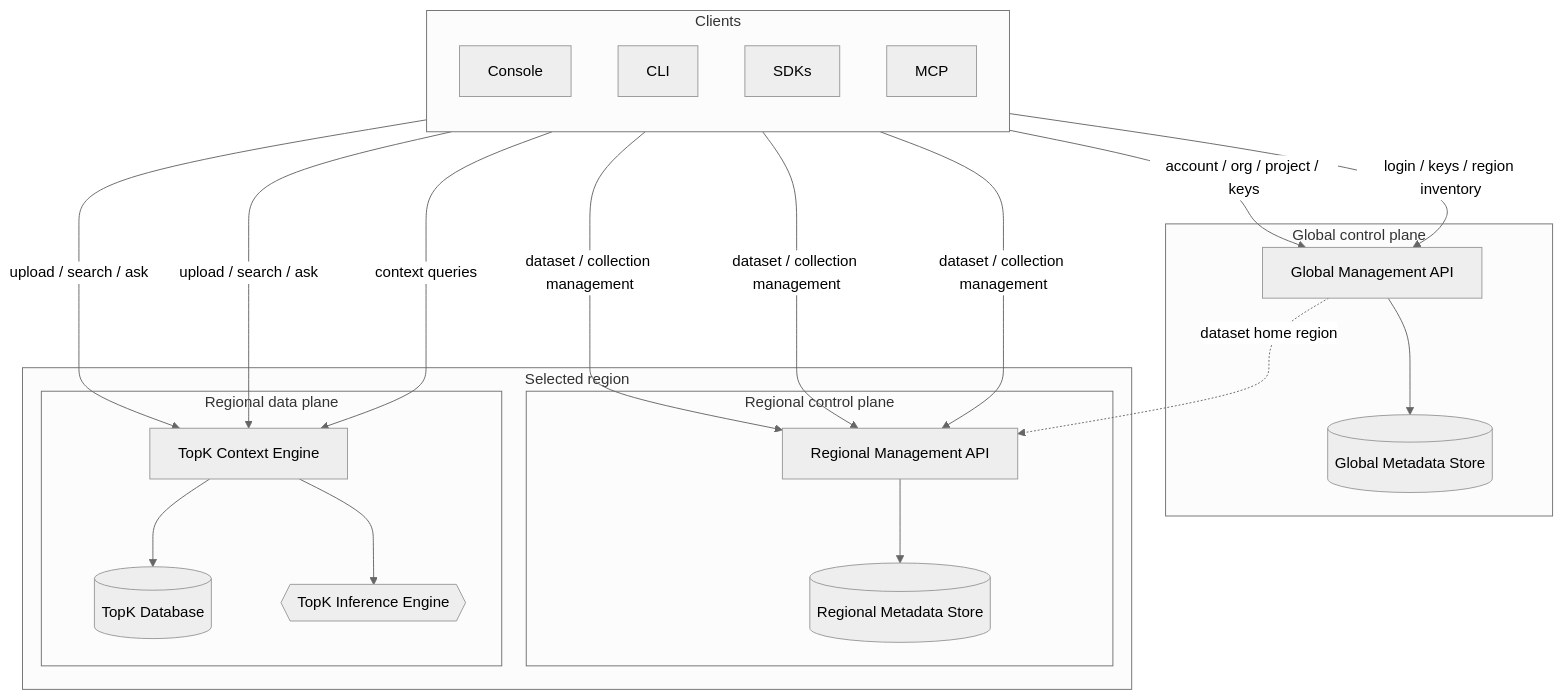
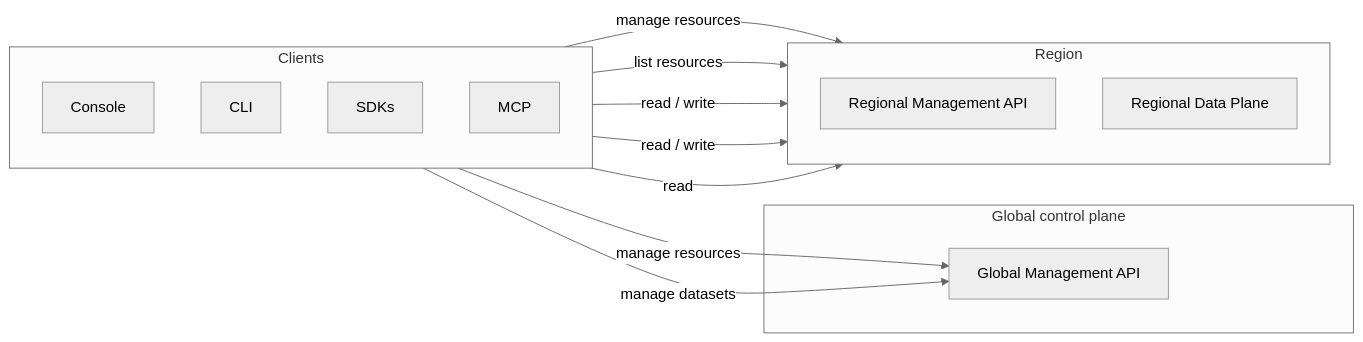
Before and after one commit to topk-io/topk: the first of 7 diagrams in docs/architecture.mdx, drawn with Mermaid (neutral theme). The commit also changed other lines of this file, not shown here.

````diff
--- a/docs/architecture.mdx
+++ b/docs/architecture.mdx
@@ -70,48 +72,30 @@
 ```mermaid
-flowchart TB
+flowchart LR
     subgraph clients[Clients]
         direction TB
         Console[Console]
         CLI[CLI]
         SDK[SDKs]
         MCP[MCP]
     end
 
     subgraph global[Global control plane]
-        GlobalAPI[Global Management API]
-        GlobalStore[(Global Metadata Store)]
-
-        GlobalAPI --> GlobalStore
+        GCP[Global Management API]
     end
 
-    subgraph region[Selected region]
-        subgraph rcp[Regional control plane]
-            RegionalAPI[Regional Management API]
-            RegionalMeta[(Regional Metadata Store)]
-
-            RegionalAPI --> RegionalMeta
-        end
-
-        subgraph rdp[Regional data plane]
-            Context[TopK Context Engine]
-            Database[(TopK Database)]
-            Inference{{TopK Inference Engine}}
-
-            Context --> Database
-            Context --> Inference
-        end
+    subgraph region[Region]
+        direction TB
+        RCP[Regional Management API]
+        RDP[Regional Data Plane]
     end
 
-    Console -->|account / org / project / keys| GlobalAPI
-    CLI -->|login / keys / region inventory| GlobalAPI
+    Console -->|manage resources| GCP
+    CLI -->|manage datasets| GCP
 
-    SDK -->|dataset / collection management| RegionalAPI
-    CLI -->|dataset / collection management| RegionalAPI
-    MCP -->|dataset / collection management| RegionalAPI
+    SDK -->|manage resources| RCP
+    MCP -->|list resources| RCP
 
-    SDK -->|upload / search / ask| Context
-    CLI -->|upload / search / ask| Context
-    MCP -->|context queries| Context
-
-    GlobalAPI -. dataset home region .-> RegionalAPI
+    CLI -->|read / write| RDP
+    SDK -->|read / write| RDP
+    MCP -->|read| RDP
 ```
````
